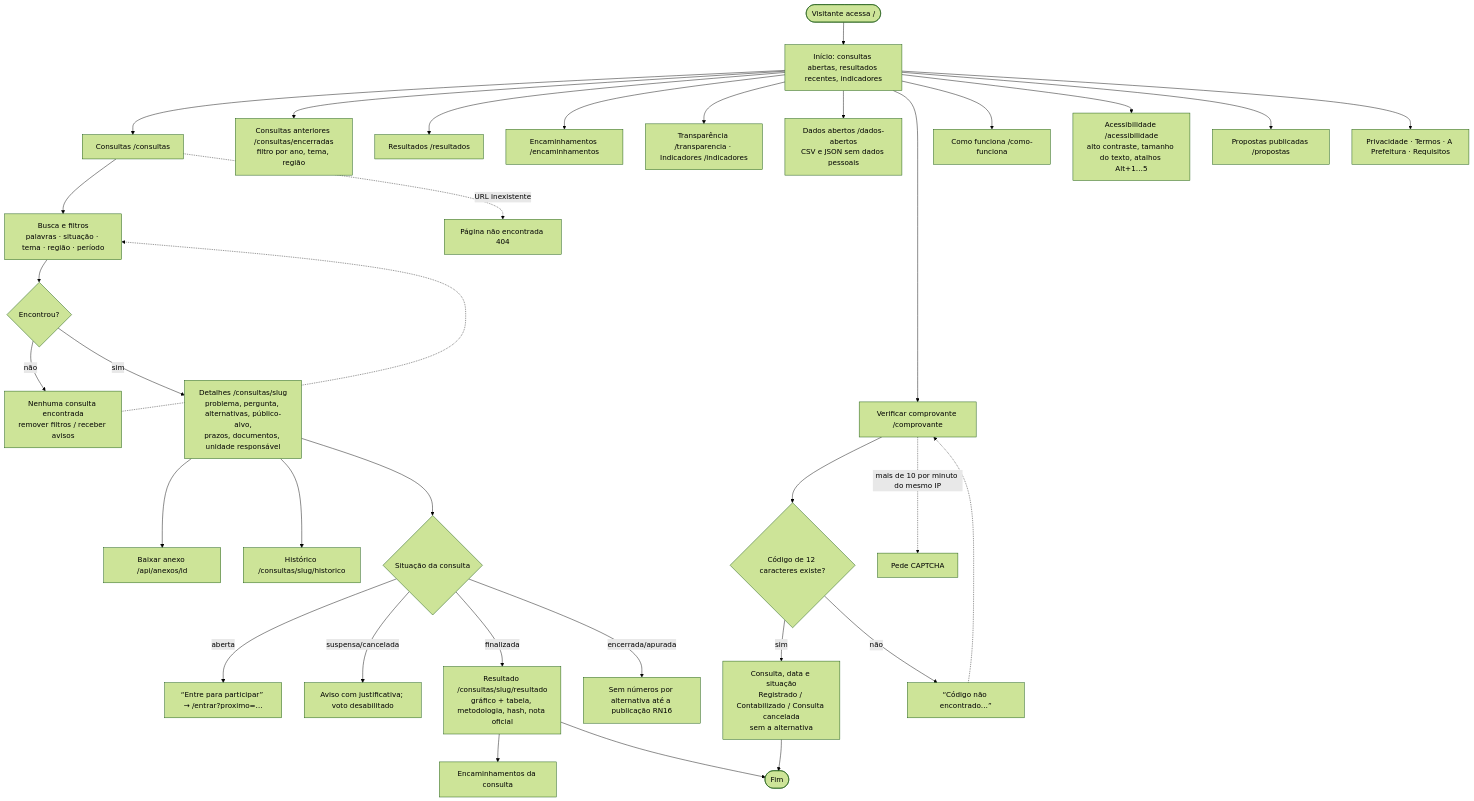
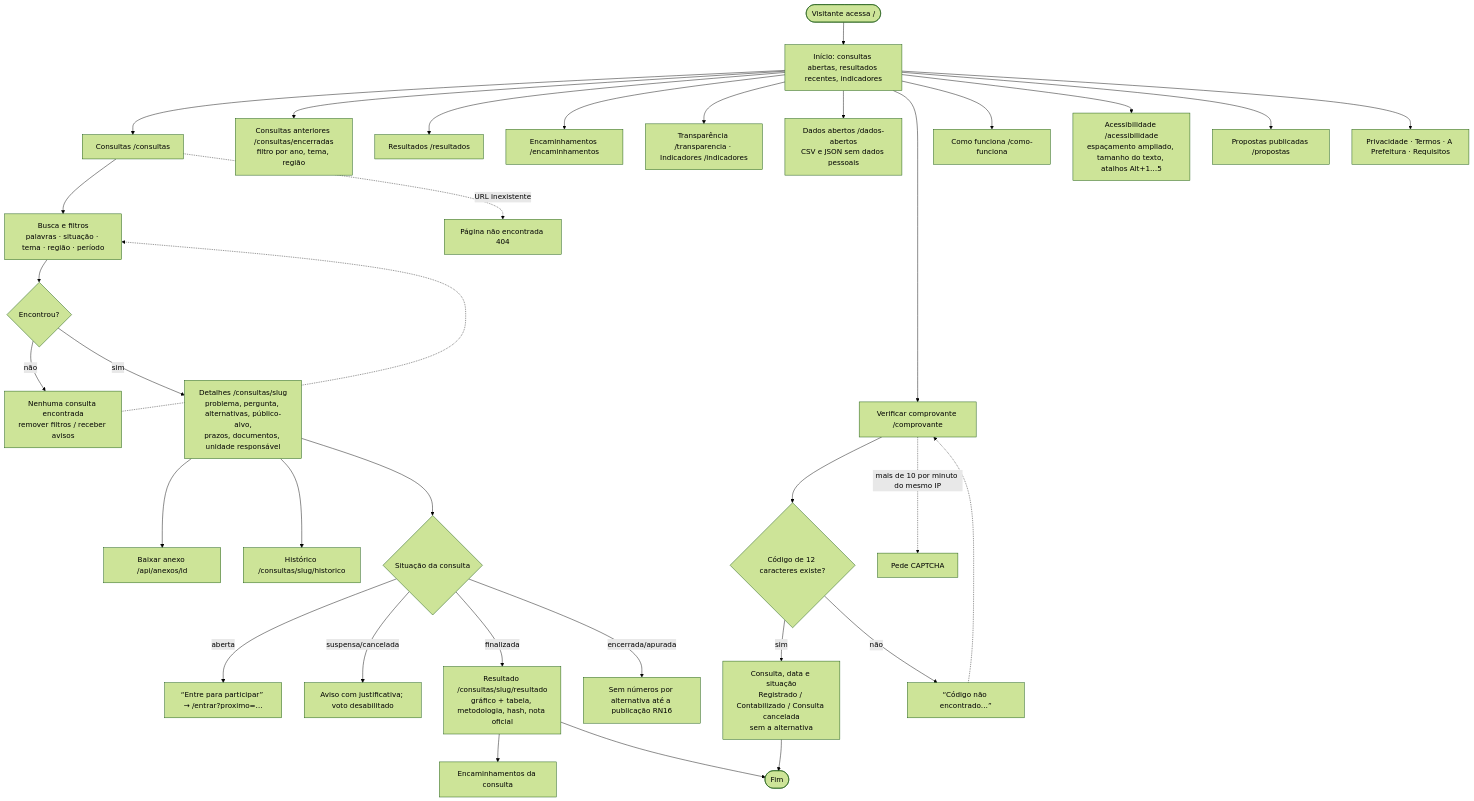
One commit to Pedro-prog777/plataforma-participacao-cidada-municipal changed the second of 7 diagrams in docs/fluxos/USER_FLOWS.md. Above: the diagram before and after it, drawn with Mermaid (forest theme). The commit also changed 17 other files, not shown here.

First line of the commit message:
feat: remove o botão Acessibilidade do topo e troca o alto contraste pelo espaçamento ampliado

````diff
--- a/docs/fluxos/USER_FLOWS.md
+++ b/docs/fluxos/USER_FLOWS.md
@@ -51,34 +51,34 @@
 ```mermaid
 flowchart TD
     I(["Visitante acessa /"]) --> H["Início: consultas abertas, resultados recentes, indicadores"]
     H --> L["Consultas /consultas"]
     L --> F["Busca e filtros<br/>palavras · situação · tema · região · período"]
     F --> R{"Encontrou?"}
     R -- não --> NR["Nenhuma consulta encontrada<br/>remover filtros / receber avisos"] -.-> F
     R -- sim --> D["Detalhes /consultas/slug<br/>problema, pergunta, alternativas, público-alvo,<br/>prazos, documentos, unidade responsável"]
     D --> DOC["Baixar anexo /api/anexos/id"]
     D --> HIST["Histórico /consultas/slug/historico"]
     D --> P{"Situação da consulta"}
     P -- aberta --> ENT["“Entre para participar” → /entrar?proximo=…"]
     P -- suspensa/cancelada --> AV["Aviso com justificativa; voto desabilitado"]
     P -- finalizada --> RES["Resultado /consultas/slug/resultado<br/>gráfico + tabela, metodologia, hash, nota oficial"]
     P -- encerrada/apurada --> SEMN["Sem números por alternativa até a publicação RN16"]
     RES --> ENC["Encaminhamentos da consulta"]
     H --> ARQ["Consultas anteriores /consultas/encerradas<br/>filtro por ano, tema, região"]
     H --> RS["Resultados /resultados"]
     H --> EN["Encaminhamentos /encaminhamentos"]
     H --> TR["Transparência /transparencia · Indicadores /indicadores"]
     H --> DA["Dados abertos /dados-abertos<br/>CSV e JSON sem dados pessoais"]
     H --> CO["Verificar comprovante /comprovante"]
     CO --> CV{"Código de 12 caracteres existe?"}
     CV -- sim --> OK["Consulta, data e situação<br/>Registrado / Contabilizado / Consulta cancelada<br/>sem a alternativa"]
     CV -- não --> ERR["“Código não encontrado…”"] -.-> CO
     CO -. mais de 10 por minuto do mesmo IP .-> CAP["Pede CAPTCHA"]
     H --> CF["Como funciona /como-funciona"]
-    H --> AC["Acessibilidade /acessibilidade<br/>alto contraste, tamanho do texto, atalhos Alt+1…5"]
+    H --> AC["Acessibilidade /acessibilidade<br/>espaçamento ampliado, tamanho do texto, atalhos Alt+1…5"]
     H --> PR["Propostas publicadas /propostas"]
     H --> INS["Privacidade · Termos · A Prefeitura · Requisitos"]
     L -. URL inexistente .-> N404["Página não encontrada 404"]
     OK --> FIM(["Fim"])
     RES --> FIM
 ```
````
